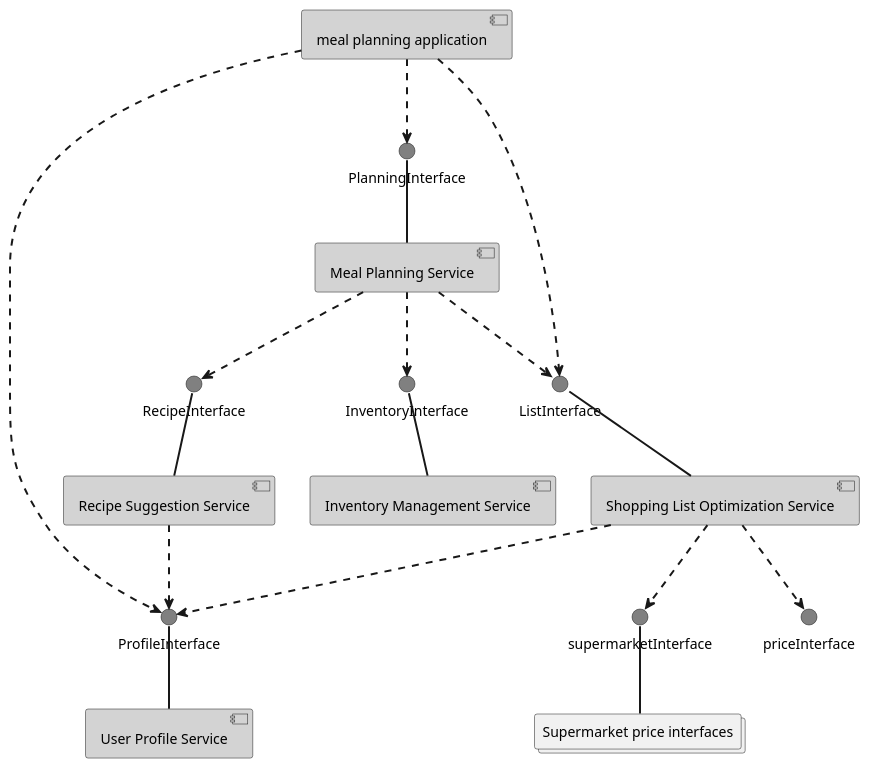
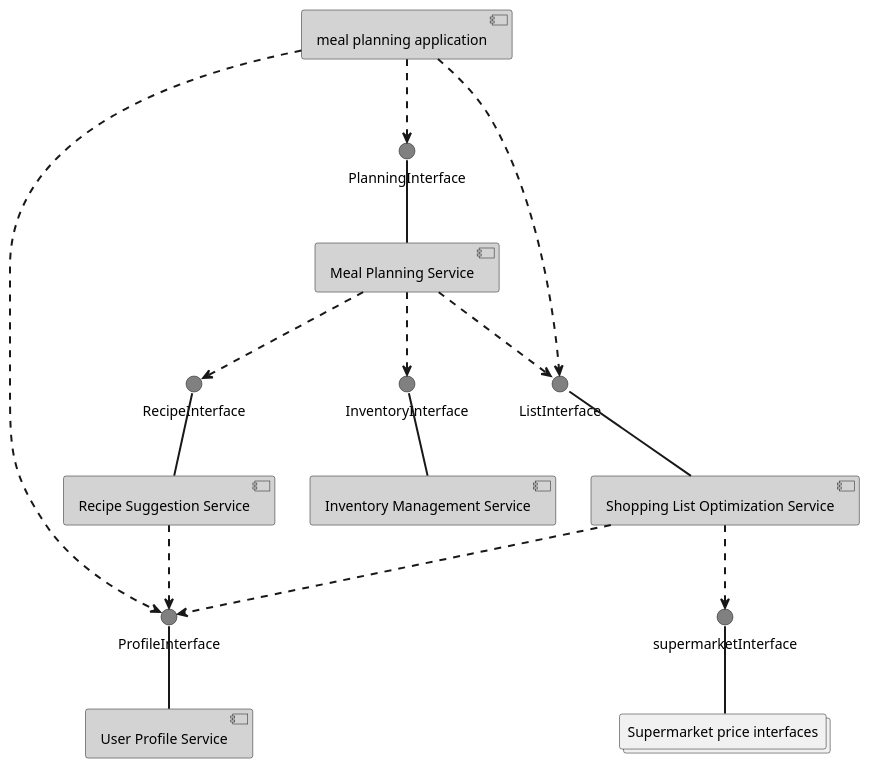
Before and after one commit to evanfranciszok/SOA-project: the diagram in _ProjectFiles/componentDiagram.puml, drawn with PlantUML. The commit also changed 3 other files, not shown here.

```diff
--- a/_ProjectFiles/componentDiagram.puml
+++ b/_ProjectFiles/componentDiagram.puml
@@ -1,48 +1,47 @@
 @startuml
 
 ' skinparam linetype polyline
 ' skinparam linetype ortho
 
 skinparam interface {
     BackgroundColor gray
 }
 
 skinparam arrow {
     Thickness 2
 }
 
 skinparam component {
     BackgroundColor Lightgray
 }
 
 [User Profile Service] as compProfile
 [Recipe Suggestion Service] as compRecipe
 [Inventory Management Service] as compInventory
 [Shopping List Optimization Service] as compList
 [Meal Planning Service] as compPlanning
 [meal planning application] as app
 ' [Price optimisation] as CompPrice
 collections "Supermarket price interfaces" as supermarket
 
 ProfileInterface -down- compProfile
 RecipeInterface -down- compRecipe
 InventoryInterface -down- compInventory
 ListInterface -down- compList
 PlanningInterface -down- compPlanning
 ' priceInterface -down- CompPrice
 supermarketInterface -down- supermarket
 
 app ..> ProfileInterface
 app ..> ListInterface
 app ..> PlanningInterface
 
 ' compList ..> InventoryInterface
 compRecipe ..> ProfileInterface
 compPlanning ..> RecipeInterface
 compPlanning ..> InventoryInterface
 compPlanning ..> ListInterface
 compList ..> supermarketInterface
 compList ..> ProfileInterface
-compList ..> priceInterface
 
 @enduml
```
